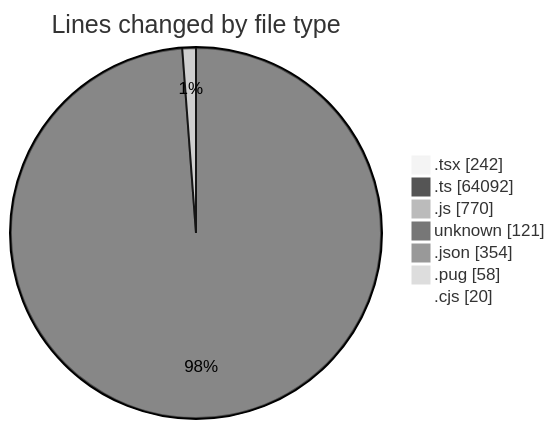
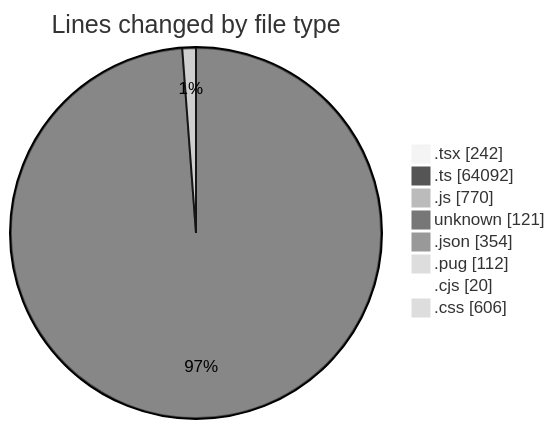
One commit to momahboobian/code-tracking changed the first of 2 diagrams in 2026-06-01/cda/README.md. Above: the diagram before and after it, drawn with Mermaid (neutral theme). The commit also changed other lines of this file and 1 other file, not shown here.

````diff
--- a/2026-06-01/cda/README.md
+++ b/2026-06-01/cda/README.md
@@ -66,11 +69,12 @@
 ```mermaid
 pie showData
 title Lines changed by file type
 ".tsx" : 242
 ".ts" : 64092
 ".js" : 770
 "unknown" : 121
 ".json" : 354
-".pug" : 58
+".pug" : 112
 ".cjs" : 20
+".css" : 606
 ```
````
